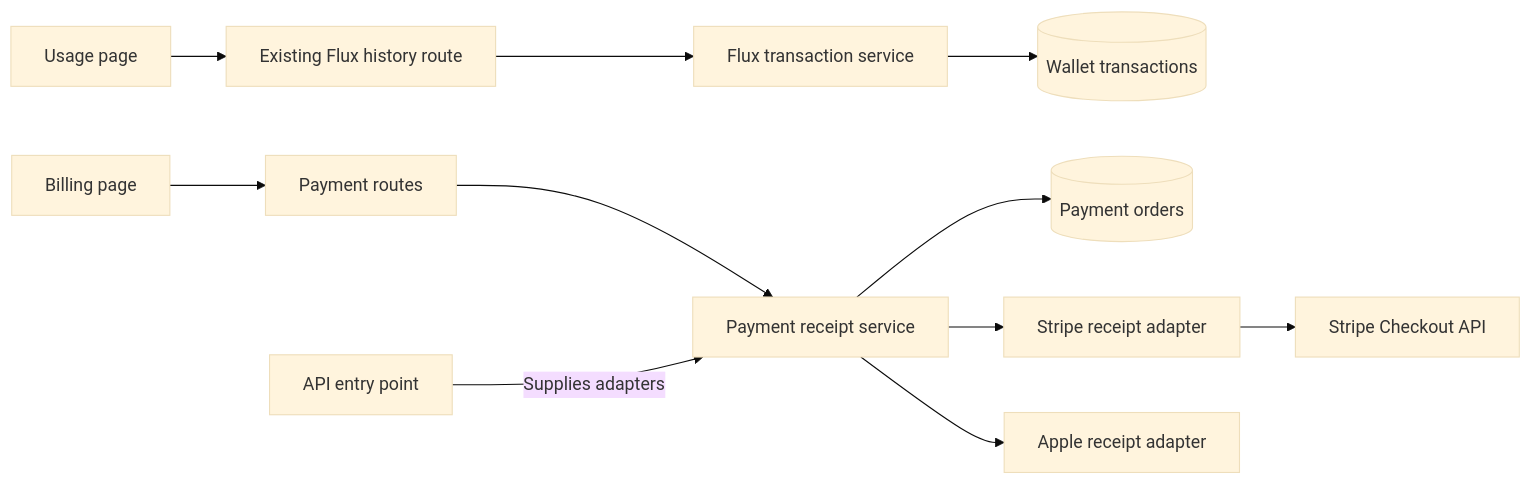
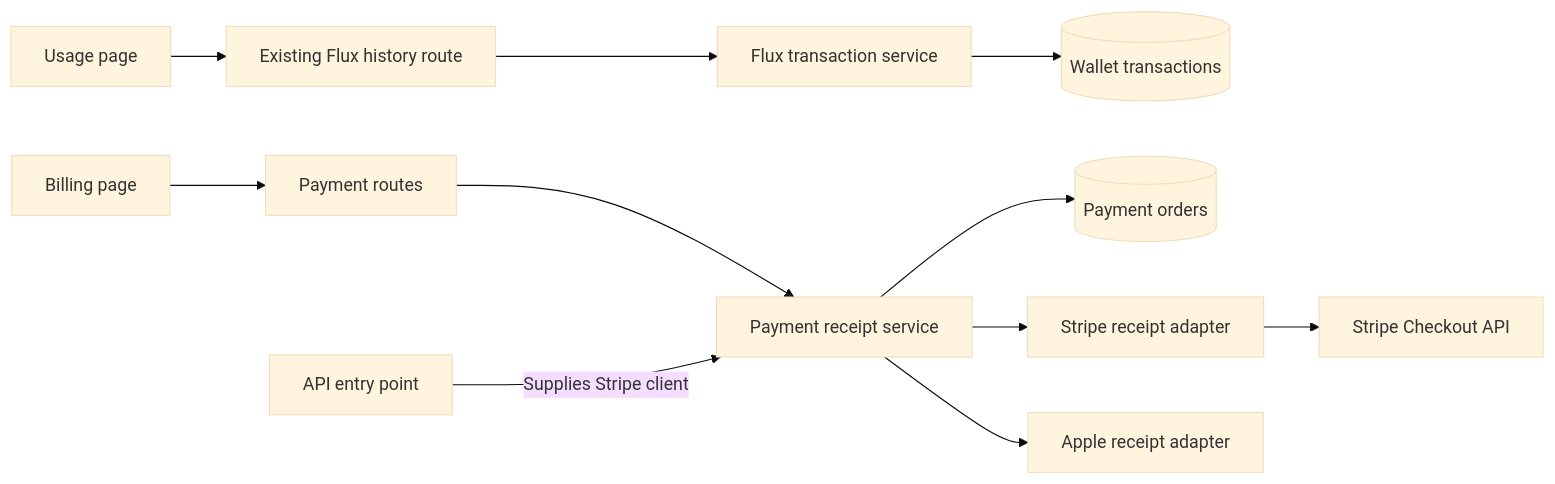
The first of 2 diagrams in server/docs/ai/adr/2026-11-03-topup-order-receipts.md (moeru-ai/airi), drawn with Mermaid (base theme) before and after one commit. The commit also changed other lines of this file and 13 other files, not shown here.

````diff
--- a/server/docs/ai/adr/2026-11-03-topup-order-receipts.md
+++ b/server/docs/ai/adr/2026-11-03-topup-order-receipts.md
@@ -49,13 +49,13 @@
 ```mermaid
 flowchart LR
   Usage[Usage page] --> HistoryRoute[Existing Flux history route]
   HistoryRoute --> History[Flux transaction service]
   History --> Wallet[(Wallet transactions)]
   Billing[Billing page] --> Payments[Payment routes]
   Payments --> Receipts[Payment receipt service]
-  App[API entry point] -->|Supplies adapters| Receipts
+  App[API entry point] -->|Supplies Stripe client| Receipts
   Receipts --> Orders[(Payment orders)]
   Receipts --> StripeReceipt[Stripe receipt adapter]
   Receipts --> AppleReceipt[Apple receipt adapter]
   StripeReceipt --> Stripe[Stripe Checkout API]
 ```
````
